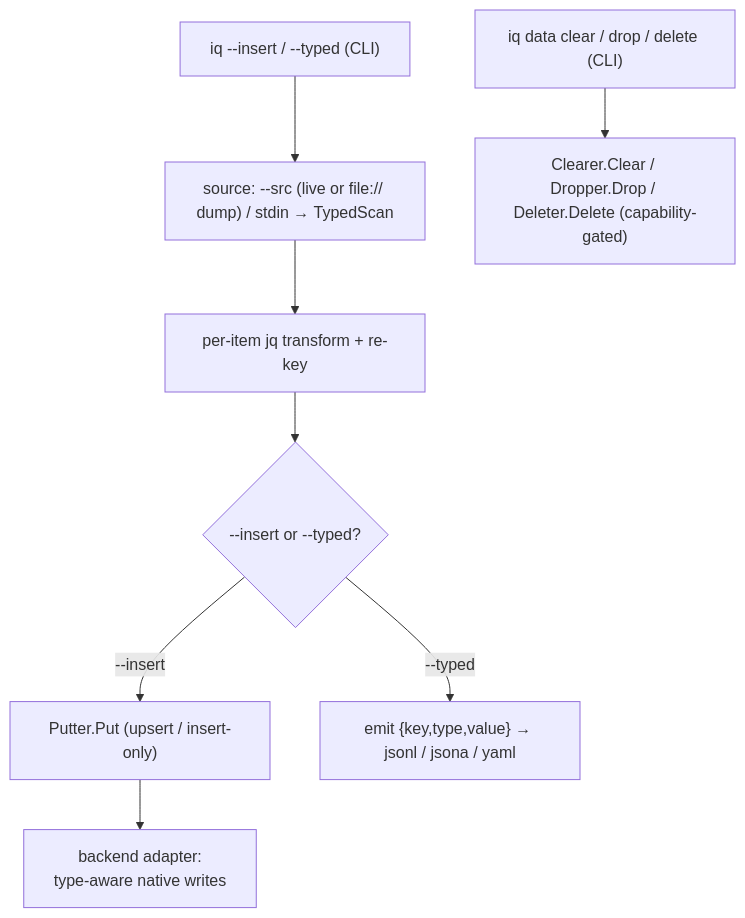
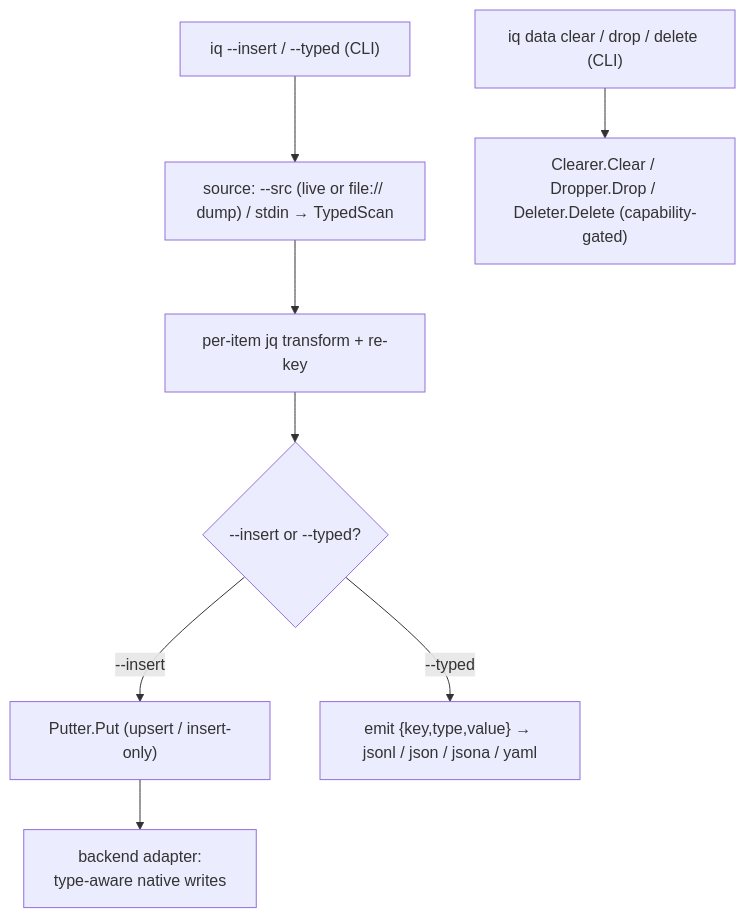
Before and after one commit to zsltg/iq: the second of 2 diagrams in README.md, drawn with Mermaid. The commit also changed 6 other files, not shown here.

````diff
--- a/README.md
+++ b/README.md
@@ -277,10 +277,10 @@
 ```mermaid
 graph TD
   MV["iq --insert / --typed (CLI)"] --> MSRC["source: --src (live or file:// dump) / stdin → TypedScan"]
   MSRC --> TX["per-item jq transform + re-key"]
   TX --> DST{"--insert or --typed?"}
   DST -->|--insert| PUT["Putter.Put (upsert / insert-only)"]
-  DST -->|--typed| ENC["emit {key,type,value} → jsonl / jsona / yaml"]
+  DST -->|--typed| ENC["emit {key,type,value} → jsonl / json / jsona / yaml"]
   PUT --> BW["backend adapter:<br/>type-aware native writes"]
   LF["iq data clear / drop / delete (CLI)"] --> CAP["Clearer.Clear / Dropper.Drop / Deleter.Delete (capability-gated)"]
 ```
````
